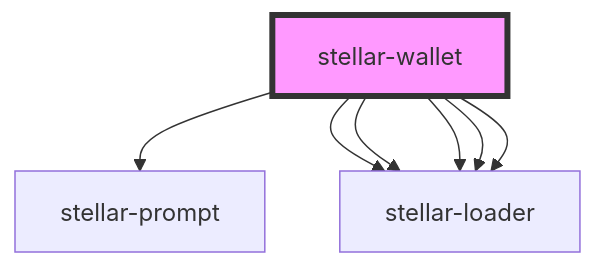
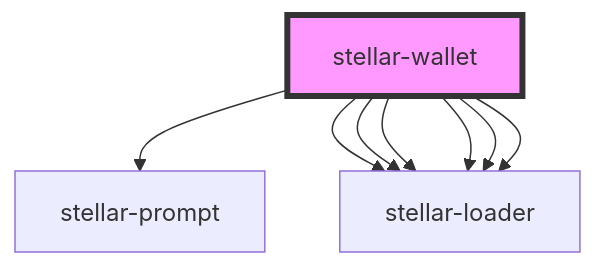
One commit to stellar/stellar-demo-wallet changed the diagram in src/components/wallet/readme.md. Above: the diagram before and after it, drawn with Mermaid. The commit also changed other lines of this file and 1 other file, not shown here.

Commit message:
wtf is a homeDomane?

````diff
--- a/src/components/wallet/readme.md
+++ b/src/components/wallet/readme.md
@@ -29,10 +30,11 @@
 ```mermaid
 graph TD;
   stellar-wallet --> stellar-prompt
   stellar-wallet --> stellar-loader
   stellar-wallet --> stellar-loader
   stellar-wallet --> stellar-loader
   stellar-wallet --> stellar-loader
   stellar-wallet --> stellar-loader
+  stellar-wallet --> stellar-loader
   style stellar-wallet fill:#f9f,stroke:#333,stroke-width:4px
 ```
````
